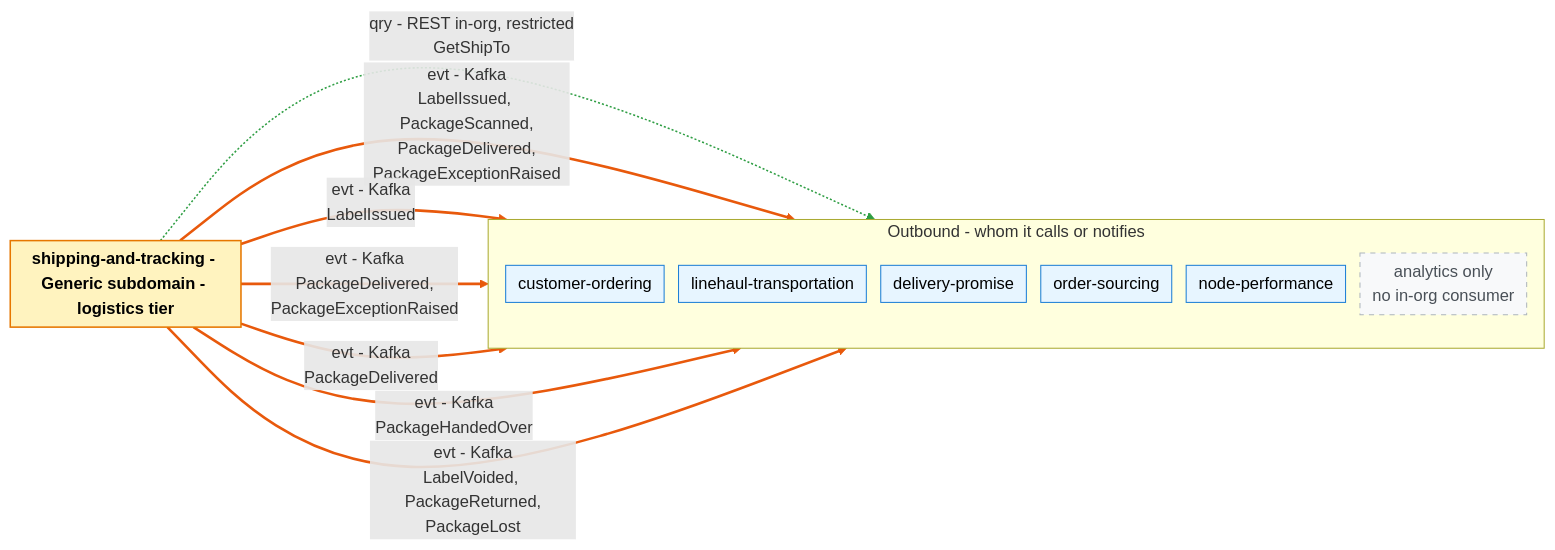
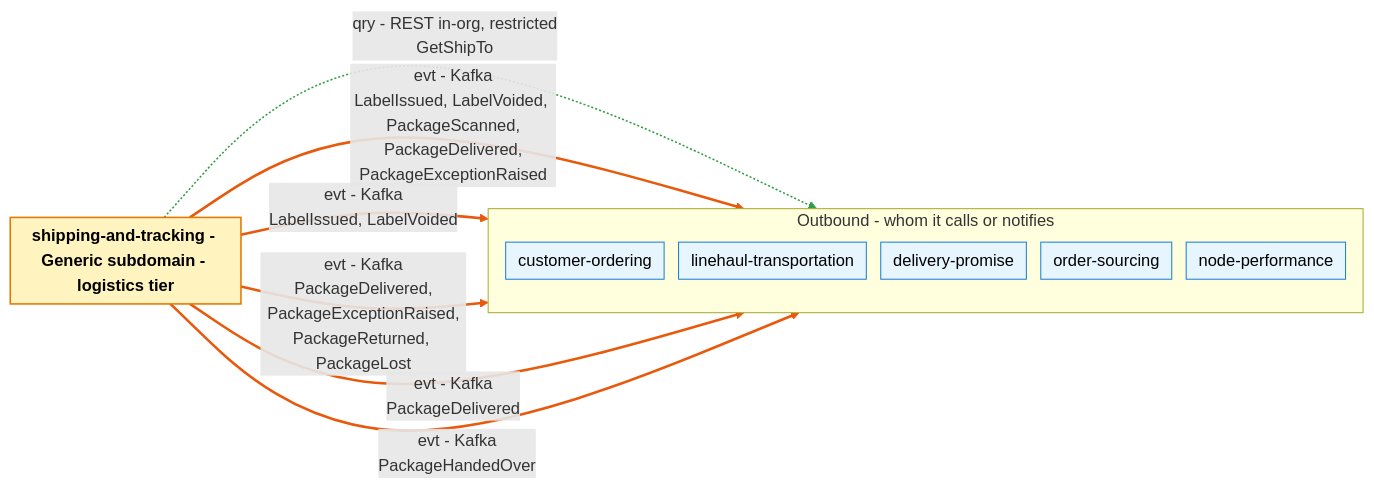
The second of 2 diagrams in network/docs/contexts/shipping-and-tracking/bounded-context-canvas.md (IQVO/warehouse-docs), drawn with Mermaid before and after one commit. The commit also changed other lines of this file and 9 other files, not shown here.

Commit message:
network(shipping-and-tracking): align model and pack with ADR 0002/0004 (commit-time CloudEvents time, SHIPMENT_CONFIRMED scan, void rules, return/lost triggers, integration consumers of LabelVoided/PackageReturned/PackageLost)

````diff
--- a/network/docs/contexts/shipping-and-tracking/bounded-context-canvas.md
+++ b/network/docs/contexts/shipping-and-tracking/bounded-context-canvas.md
@@ -92,35 +92,32 @@
 ```mermaid
 %%{init: {"flowchart": {"nodeSpacing": 14, "rankSpacing": 40, "padding": 6}}}%%
 flowchart LR
     classDef bc fill:#fff3bf,stroke:#e67700,stroke-width:1.5px,color:#000
     classDef card fill:#fff9db,stroke:#f08c00,color:#000,text-align:left
     classDef ctx fill:#e7f5ff,stroke:#1c7ed6,color:#000
     classDef actor fill:#fff4e6,stroke:#e8590c,color:#000
     classDef ext fill:#ffe3e3,stroke:#c92a2a,color:#000
     classDef self fill:#f1f3f5,stroke:#868e96,color:#000
     classDef none fill:#f8f9fa,stroke:#adb5bd,stroke-dasharray:5 5,color:#495057
     BC["<b>shipping-and-tracking - Generic subdomain - logistics tier</b>"]:::bc
     subgraph OUT["Outbound - whom it calls or notifies"]
         direction TB
         out0["customer-ordering"]:::ctx
         out1["linehaul-transportation"]:::ctx
         out2["delivery-promise"]:::ctx
         out3["order-sourcing"]:::ctx
         out4["node-performance"]:::ctx
-        out5["analytics only<br/>no in-org consumer"]:::none
     end
     BC -.->|"qry - REST in-org, restricted<br/>GetShipTo"| out0
-    BC ==>|"evt - Kafka<br/>LabelIssued, PackageScanned,<br/>PackageDelivered,<br/>PackageExceptionRaised"| out0
-    BC ==>|"evt - Kafka<br/>LabelIssued"| out1
-    BC ==>|"evt - Kafka<br/>PackageDelivered,<br/>PackageExceptionRaised"| out2
+    BC ==>|"evt - Kafka<br/>LabelIssued, LabelVoided, PackageScanned,<br/>PackageDelivered,<br/>PackageExceptionRaised"| out0
+    BC ==>|"evt - Kafka<br/>LabelIssued, LabelVoided"| out1
+    BC ==>|"evt - Kafka<br/>PackageDelivered,<br/>PackageExceptionRaised,<br/>PackageReturned, PackageLost"| out2
     BC ==>|"evt - Kafka<br/>PackageDelivered"| out3
     BC ==>|"evt - Kafka<br/>PackageHandedOver"| out4
-    BC ==>|"evt - Kafka<br/>LabelVoided, PackageReturned,<br/>PackageLost"| out5
     linkStyle 0 stroke:#2f9e44,stroke-width:1.5px
     linkStyle 1 stroke:#e8590c,stroke-width:2.5px
     linkStyle 2 stroke:#e8590c,stroke-width:2.5px
     linkStyle 3 stroke:#e8590c,stroke-width:2.5px
     linkStyle 4 stroke:#e8590c,stroke-width:2.5px
     linkStyle 5 stroke:#e8590c,stroke-width:2.5px
-    linkStyle 6 stroke:#e8590c,stroke-width:2.5px
 ```
````
